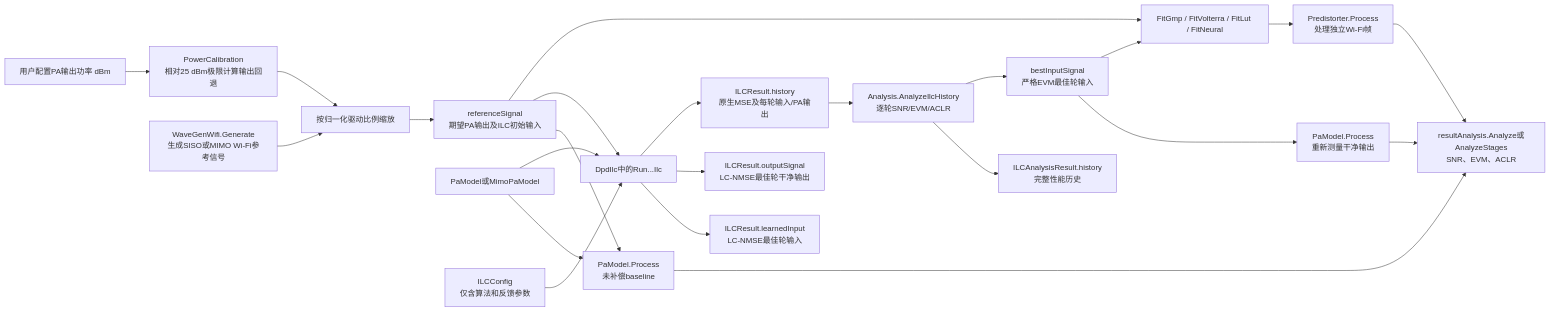
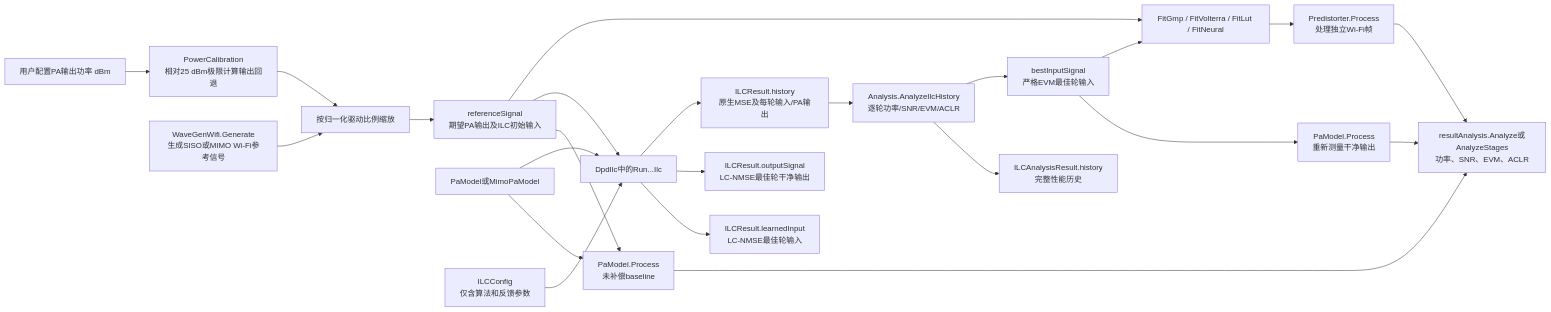
The first of 2 diagrams in doc/DpdIlc.md (niyilu45/DPD_ILC), drawn with Mermaid before and after one commit. The commit also changed other lines of this file and 7 other files, not shown here.

````diff
--- a/doc/DpdIlc.md
+++ b/doc/DpdIlc.md
@@ -26,25 +26,25 @@
 ```mermaid
 flowchart LR
     power["用户配置PA输出功率 dBm"] --> calibration["PowerCalibration<br/>相对25 dBm极限计算输出回退"]
     wave["WaveGenWifi.Generate<br/>生成SISO或MIMO Wi-Fi参考信号"] --> scale["按归一化驱动比例缩放"]
     calibration --> scale
     scale --> reference["referenceSignal<br/>期望PA输出及ILC初始输入"]
     reference --> baseline["PaModel.Process<br/>未补偿baseline"]
     reference --> ilc["DpdIlc中的Run...Ilc"]
     pa["PaModel或MimoPaModel"] --> baseline
     pa --> ilc
     config["ILCConfig<br/>仅含算法和反馈参数"] --> ilc
     ilc --> learned["ILCResult.learnedInput<br/>LC-NMSE最佳轮输入"]
     ilc --> output["ILCResult.outputSignal<br/>LC-NMSE最佳轮干净输出"]
     ilc --> history["ILCResult.history<br/>原生MSE及每轮输入/PA输出"]
-    history --> analysis["Analysis.AnalyzeIlcHistory<br/>逐轮SNR/EVM/ACLR"]
+    history --> analysis["Analysis.AnalyzeIlcHistory<br/>逐轮功率/SNR/EVM/ACLR"]
     analysis --> analyzedHistory["ILCAnalysisResult.history<br/>完整性能历史"]
     analysis --> evmBest["bestInputSignal<br/>严格EVM最佳轮输入"]
     evmBest --> cleanOutput["PaModel.Process<br/>重新测量干净输出"]
     evmBest --> fit["FitGmp / FitVolterra / FitLut / FitNeural"]
     reference --> fit
     fit --> deploy["Predistorter.Process<br/>处理独立Wi-Fi帧"]
-    baseline --> metrics["resultAnalysis.Analyze或AnalyzeStages<br/>SNR、EVM、ACLR"]
+    baseline --> metrics["resultAnalysis.Analyze或AnalyzeStages<br/>功率、SNR、EVM、ACLR"]
     cleanOutput --> metrics
     deploy --> metrics
 ```
````
